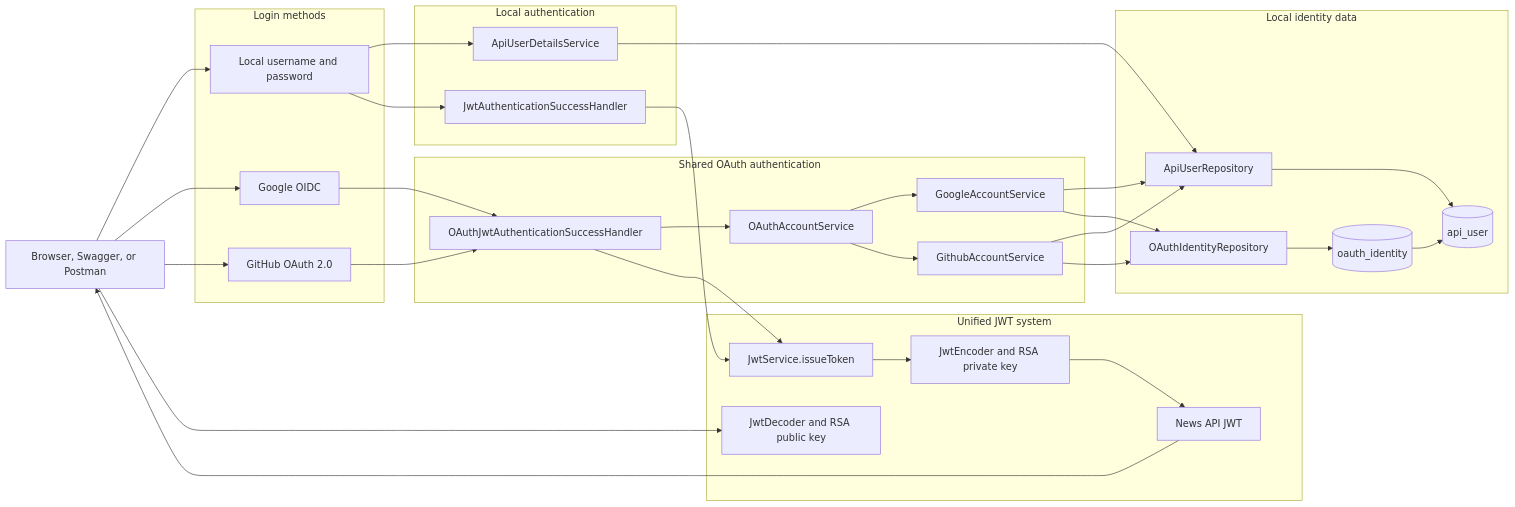
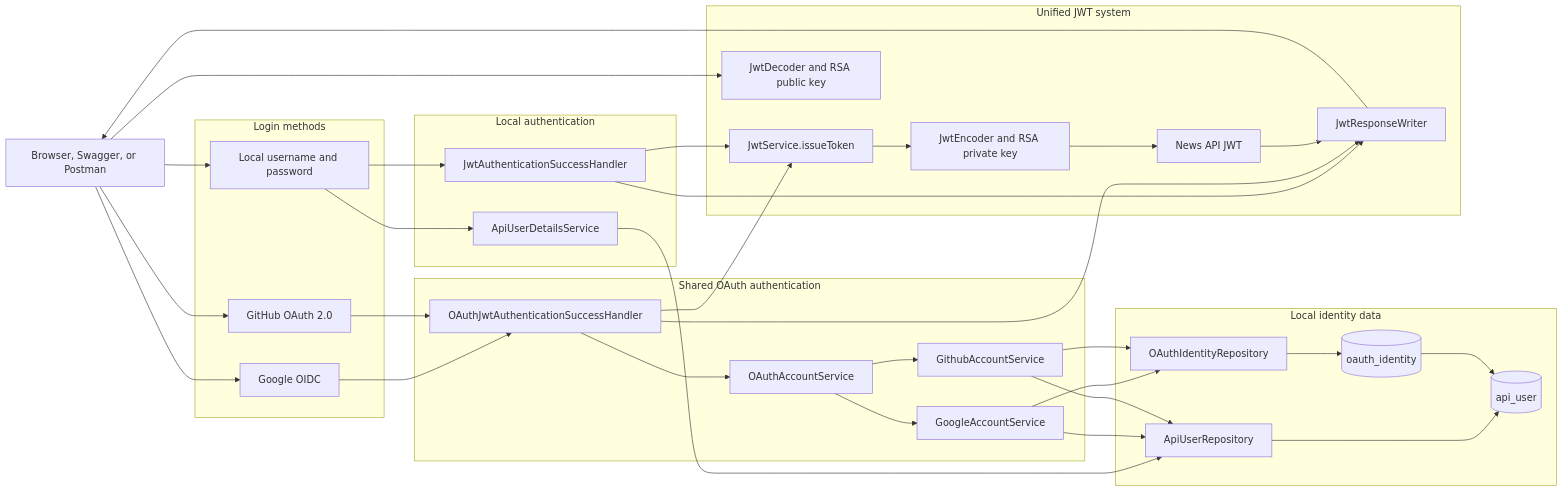
One commit to predat-r/news-api changed the first of 8 diagrams in docs/authentication-flow.md. Above: the diagram before and after it, drawn with Mermaid. The commit also changed other lines of this file and 4 other files, not shown here.

Commit message:
refactor(auth): centralize JWT response writing

````diff
--- a/docs/authentication-flow.md
+++ b/docs/authentication-flow.md
@@ -16,57 +16,61 @@
 ```mermaid
 flowchart LR
     Client[Browser, Swagger, or Postman]
 
     subgraph LoginMethods[Login methods]
         Local[Local username and password]
         Google[Google OIDC]
         GitHub[GitHub OAuth 2.0]
     end
 
     subgraph LocalPath[Local authentication]
         UserLoader[ApiUserDetailsService]
         LocalHandler[JwtAuthenticationSuccessHandler]
     end
 
     subgraph OAuthPath[Shared OAuth authentication]
         OAuthHandler[OAuthJwtAuthenticationSuccessHandler]
         ProviderContract[OAuthAccountService]
         GoogleService[GoogleAccountService]
         GitHubService[GithubAccountService]
     end
 
     subgraph IdentityData[Local identity data]
         UserRepo[ApiUserRepository]
         IdentityRepo[OAuthIdentityRepository]
         UserTable[(api_user)]
         IdentityTable[(oauth_identity)]
     end
 
     subgraph TokenSystem[Unified JWT system]
         JwtService[JwtService.issueToken]
         Encoder[JwtEncoder and RSA private key]
         Token[News API JWT]
+        ResponseWriter[JwtResponseWriter]
         Decoder[JwtDecoder and RSA public key]
     end
 
     Client --> Local
     Client --> Google
     Client --> GitHub
     Local --> UserLoader --> UserRepo --> UserTable
     Local --> LocalHandler
     Google --> OAuthHandler
     GitHub --> OAuthHandler
     OAuthHandler --> ProviderContract
     ProviderContract --> GoogleService
     ProviderContract --> GitHubService
     GoogleService --> UserRepo
     GoogleService --> IdentityRepo
     GitHubService --> UserRepo
     GitHubService --> IdentityRepo
     IdentityRepo --> IdentityTable
     IdentityTable --> UserTable
     LocalHandler --> JwtService
     OAuthHandler --> JwtService
-    JwtService --> Encoder --> Token --> Client
+    JwtService --> Encoder --> Token
+    LocalHandler --> ResponseWriter
+    OAuthHandler --> ResponseWriter
+    Token --> ResponseWriter --> Client
     Client --> Decoder
 ```
````
